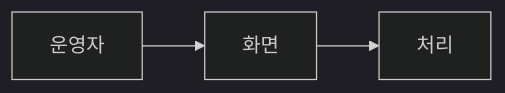
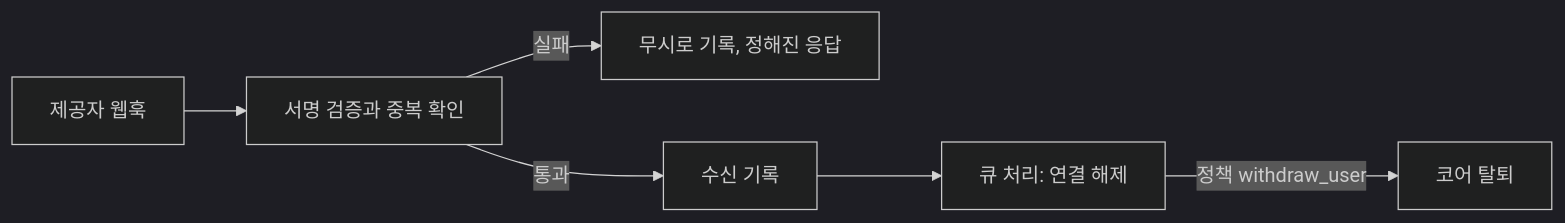
The second of 2 diagrams in README.md (gnuboard/g7-plugin-sirsoft-social_login), drawn with Mermaid (dark theme) before and after one commit. The commit also changed other lines of this file and 132 other files, not shown here.

````diff
--- a/README.md
+++ b/README.md
@@ -58,5 +58,8 @@
 ```mermaid
 flowchart LR
-  A[운영자] --> B[화면]
-  B --> C[처리]
+  A[제공자 웹훅] --> B[서명 검증과 중복 확인]
+  B -->|실패| C[무시로 기록, 정해진 응답]
+  B -->|통과| D[수신 기록]
+  D --> E[큐 처리: 연결 해제]
+  E -->|정책 withdraw_user| F[코어 탈퇴]
 ```
````
